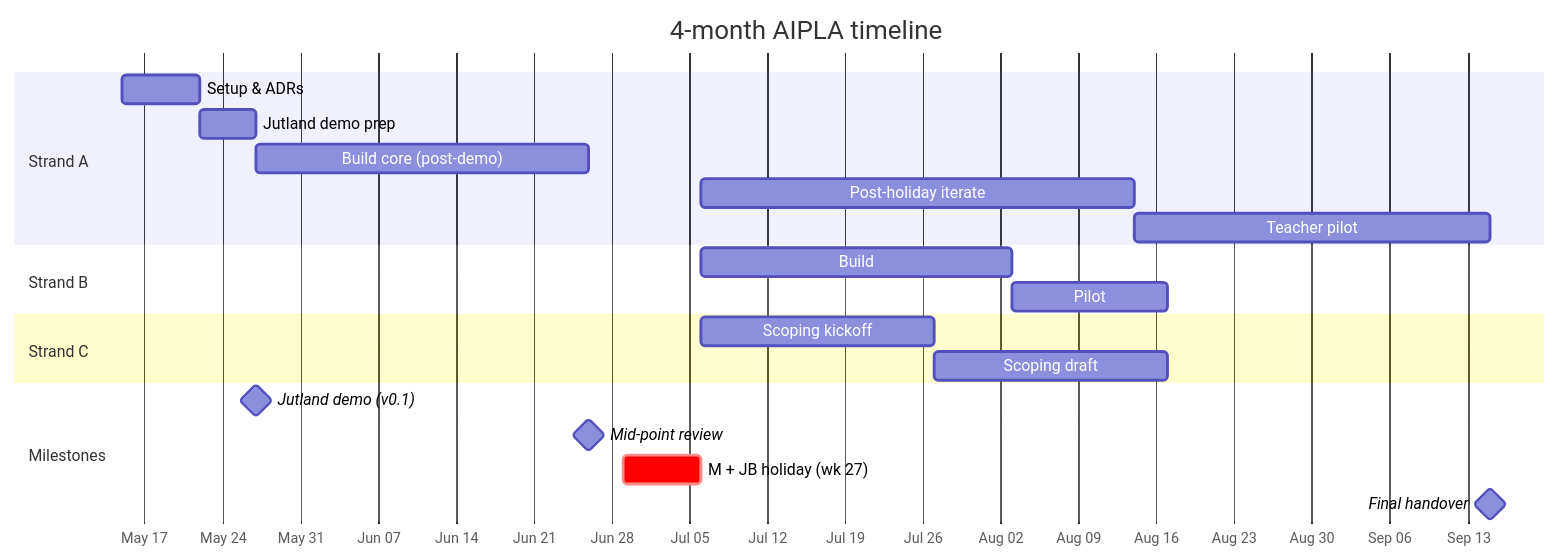
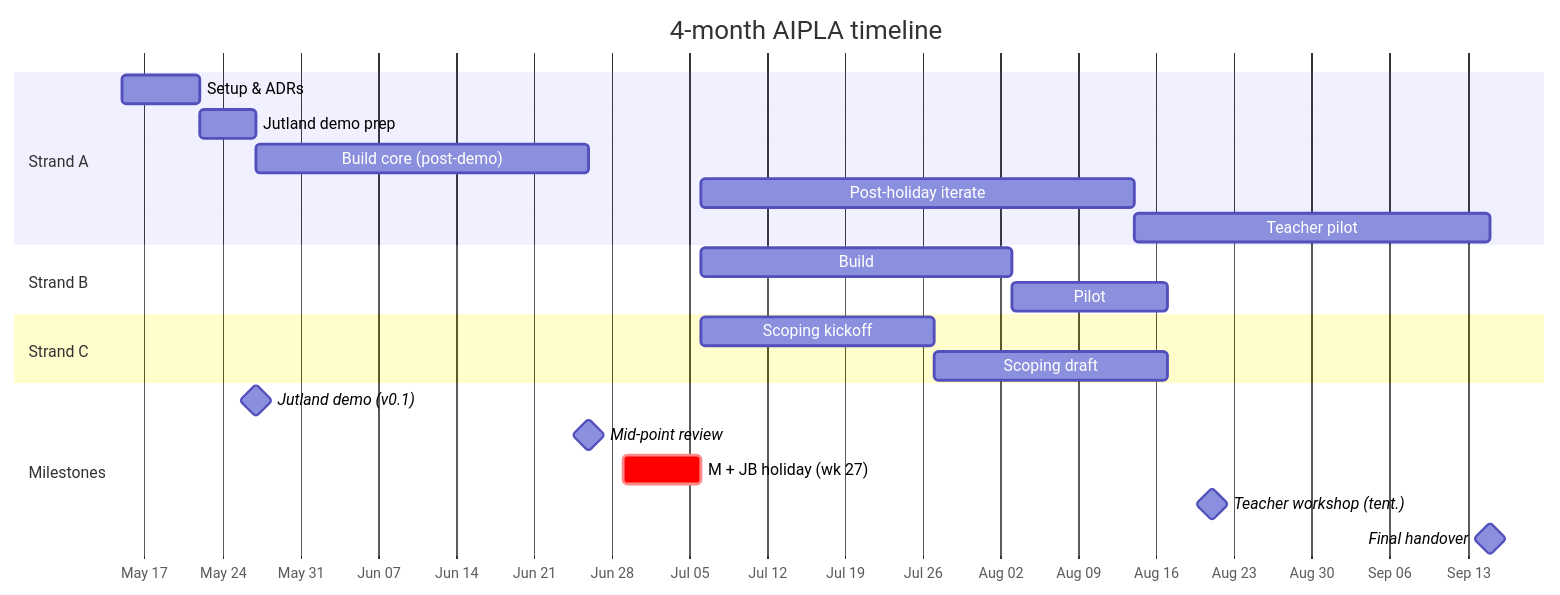
One commit to sunholo-data/aipla changed the diagram in timeline.qmd. Above: the diagram before and after it, drawn with Mermaid. The commit also changed other lines of this file and 2 other files, not shown here.

Commit message:
docs(site): July status — teacher sneak-peek, AD postdoc (was P2), workshop 21 Aug, local-model data-collection steer

````diff
--- a/timeline.qmd
+++ b/timeline.qmd
@@ -14,28 +15,29 @@
 ```{mermaid}
 gantt
     title 4-month AIPLA timeline
     dateFormat YYYY-MM-DD
     axisFormat %b %d
     todayMarker off
 
     section Strand A
     Setup & ADRs              :a1, 2026-05-15, 7d
     Jutland demo prep         :a2, 2026-05-22, 5d
     Build core (post-demo)    :a3, 2026-05-27, 30d
     Post-holiday iterate      :a4, 2026-07-06, 39d
     Teacher pilot             :a5, 2026-08-14, 32d
 
     section Strand B
     Build                     :b1, 2026-07-06, 28d
     Pilot                     :b2, after b1, 14d
 
     section Strand C
     Scoping kickoff           :c1, 2026-07-06, 21d
     Scoping draft             :c2, after c1, 21d
 
     section Milestones
     Jutland demo (v0.1)       :milestone, m0, 2026-05-27, 0d
     Mid-point review          :milestone, m1, 2026-06-26, 0d
     M + JB holiday (wk 27)    :crit, 2026-06-29, 7d
+    Teacher workshop (tent.)  :milestone, m3, 2026-08-21, 0d
     Final handover            :milestone, m2, 2026-09-15, 0d
 ```
````
